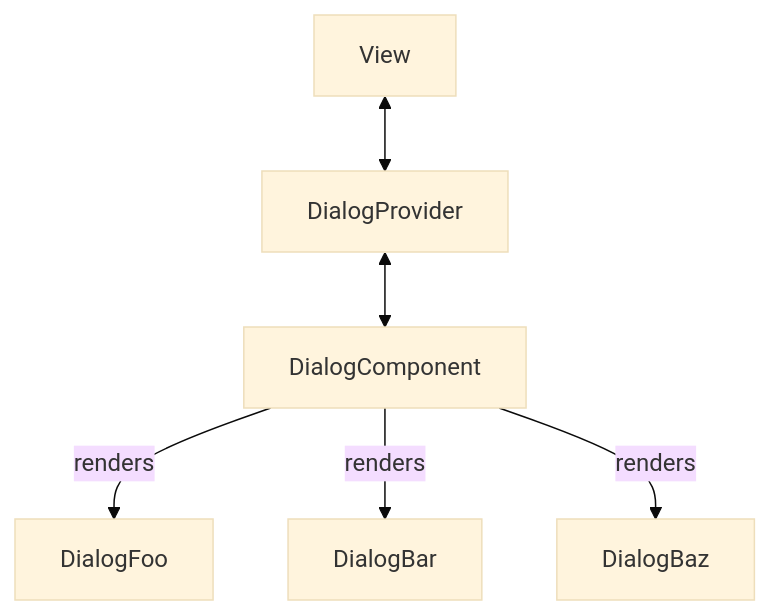
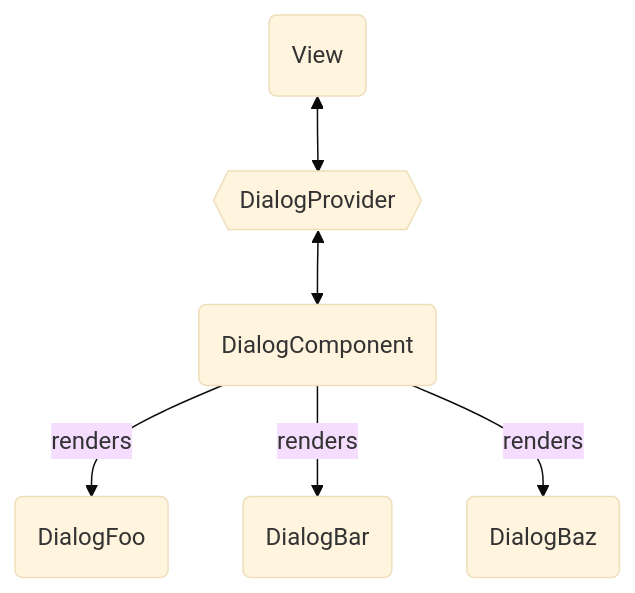
One commit to visualjerk/visualjerk-blog changed the first of 2 diagrams in articles/vue-app-wide-modal-dialogs.md. Above: the diagram before and after it, drawn with Mermaid (base theme). The commit also changed other lines of this file, not shown here.

Commit message:
style flowcharts

````diff
--- a/articles/vue-app-wide-modal-dialogs.md
+++ b/articles/vue-app-wide-modal-dialogs.md
@@ -93,7 +93,7 @@
 ```mermaid
 flowchart TB
-  V[View] <--> P[DialogProvider] <--> C[DialogComponent]
-  C -- renders --> D1[DialogFoo]
-  C -- renders --> D2[DialogBar]
-  C -- renders --> D3[DialogBaz]
+  V(View) <--> P{{DialogProvider}} <--> C(DialogComponent)
+  C -- renders --> D1(DialogFoo)
+  C -- renders --> D2(DialogBar)
+  C -- renders --> D3(DialogBaz)
 ```
````
